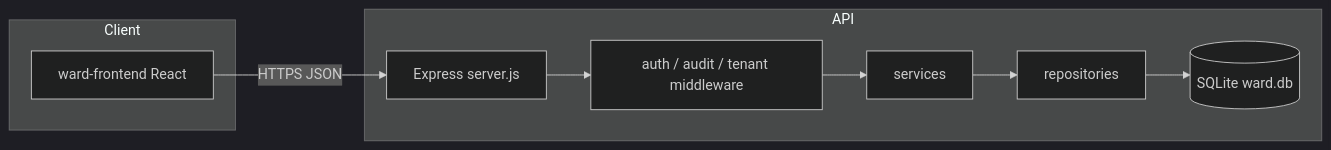
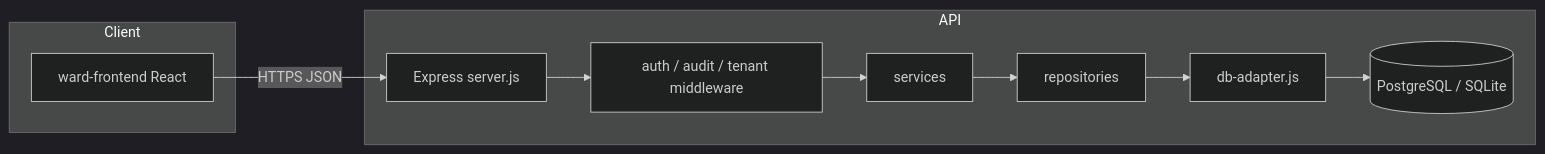
One commit to Vivek8821/General-Ward changed the diagram in codemap/CODEMAP.md. Above: the diagram before and after it, drawn with Mermaid (dark theme). The commit also changed other lines of this file and 2 other files, not shown here.

````diff
--- a/codemap/CODEMAP.md
+++ b/codemap/CODEMAP.md
@@ -27,18 +27,20 @@
 ```mermaid
 flowchart LR
   subgraph Client
     FE[ward-frontend React]
   end
   subgraph API
     EX[Express server.js]
     MW[auth / audit / tenant middleware]
     SVC[services]
     REPO[repositories]
-    DB[(SQLite ward.db)]
+    DBA[db-adapter.js]
+    DB[(PostgreSQL / SQLite)]
   end
   FE -->|HTTPS JSON| EX
   EX --> MW
   MW --> SVC
   SVC --> REPO
-  REPO --> DB
+  REPO --> DBA
+  DBA --> DB
 ```
````
